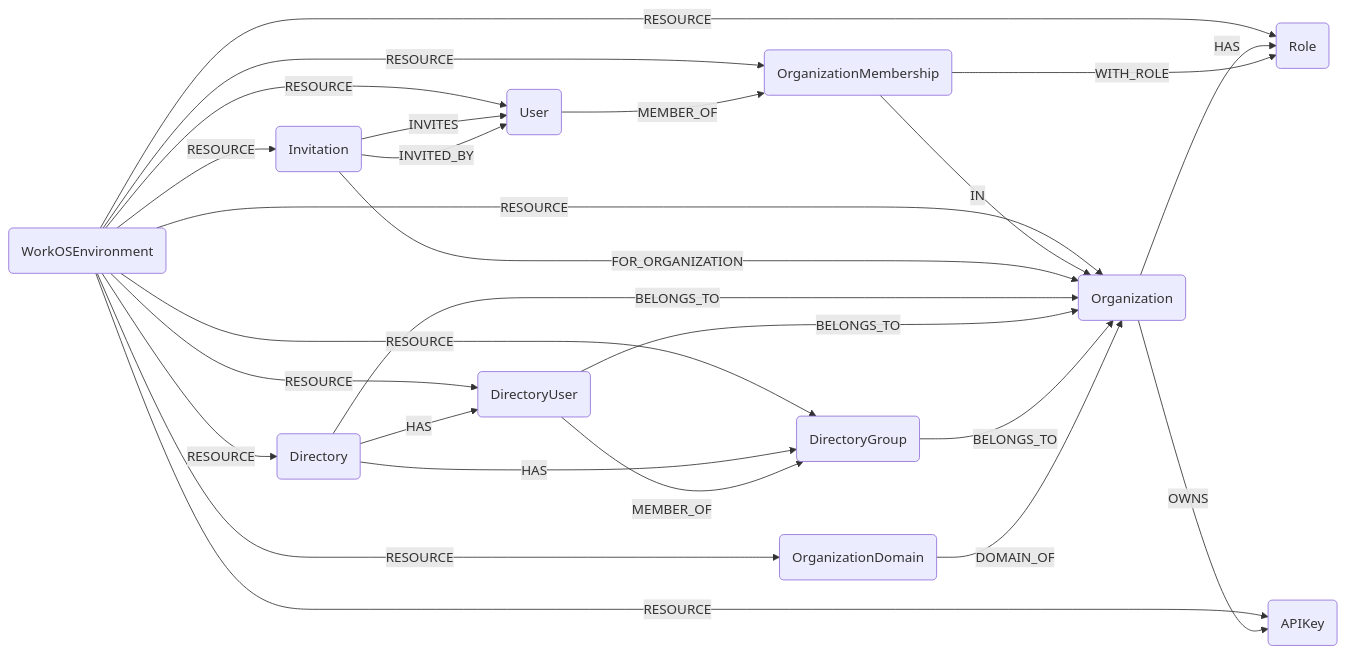
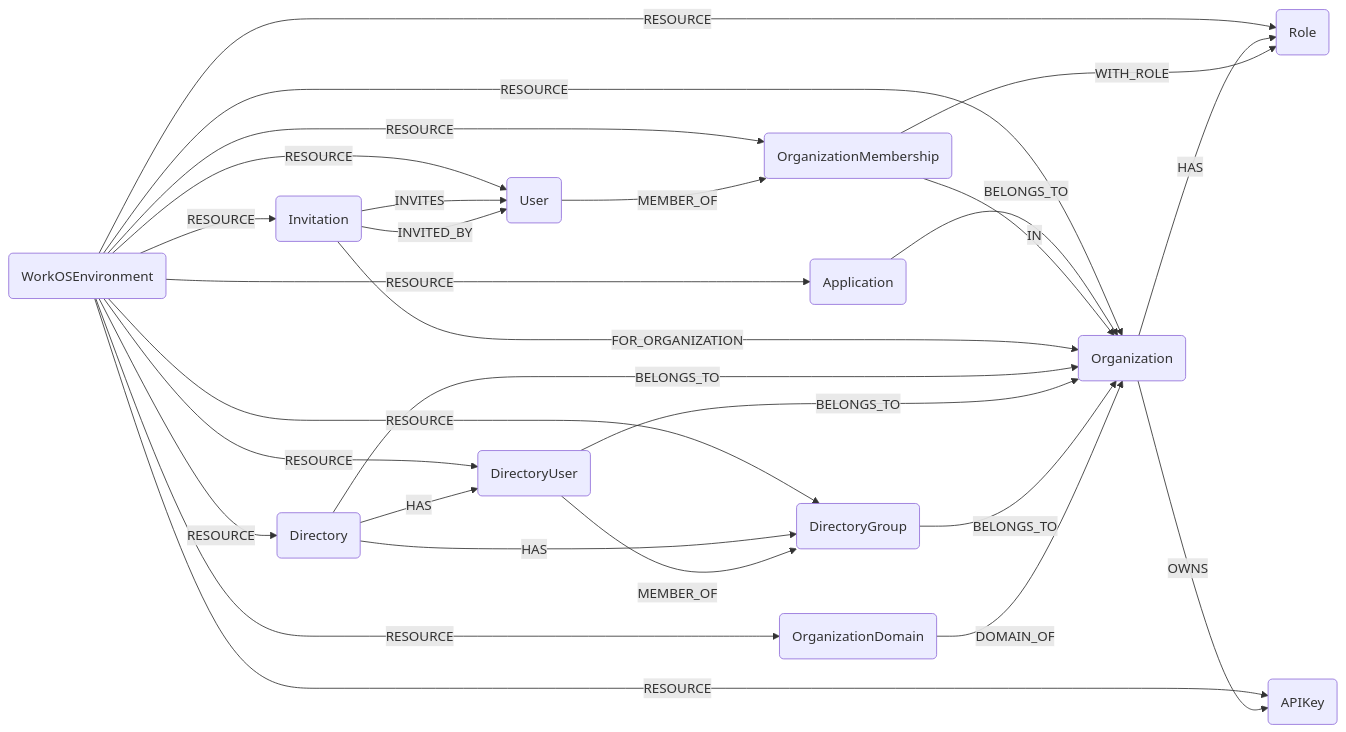
Before and after one commit to cartography-cncf/cartography: the diagram in docs/root/modules/workos/schema.md, drawn with Mermaid. The commit also changed other lines of this file and 13 other files, not shown here.

````diff
--- a/docs/root/modules/workos/schema.md
+++ b/docs/root/modules/workos/schema.md
@@ -3,28 +3,30 @@
 ```mermaid
 graph LR
 E(WorkOSEnvironment) -- RESOURCE --> O(Organization)
 E -- RESOURCE --> U(User)
 E -- RESOURCE --> D(Directory)
 E -- RESOURCE --> R(Role)
 E -- RESOURCE --> I(Invitation)
 E -- RESOURCE --> M(OrganizationMembership)
 E -- RESOURCE --> DU(DirectoryUser)
 E -- RESOURCE --> DG(DirectoryGroup)
 E -- RESOURCE --> OD(OrganizationDomain)
 E -- RESOURCE --> AK(APIKey)
+E -- RESOURCE --> APP(Application)
 O -- HAS --> R
 O -- OWNS --> AK
+APP -- BELONGS_TO --> O
 U -- MEMBER_OF --> M
 M -- IN --> O
 M -- WITH_ROLE --> R
 I -- FOR_ORGANIZATION --> O
 I -- INVITES --> U
 I -- INVITED_BY --> U
 D -- BELONGS_TO --> O
 D -- HAS --> DU
 D -- HAS --> DG
 DU -- BELONGS_TO --> O
 DU -- MEMBER_OF --> DG
 DG -- BELONGS_TO --> O
 OD -- DOMAIN_OF --> O
 ```
````
